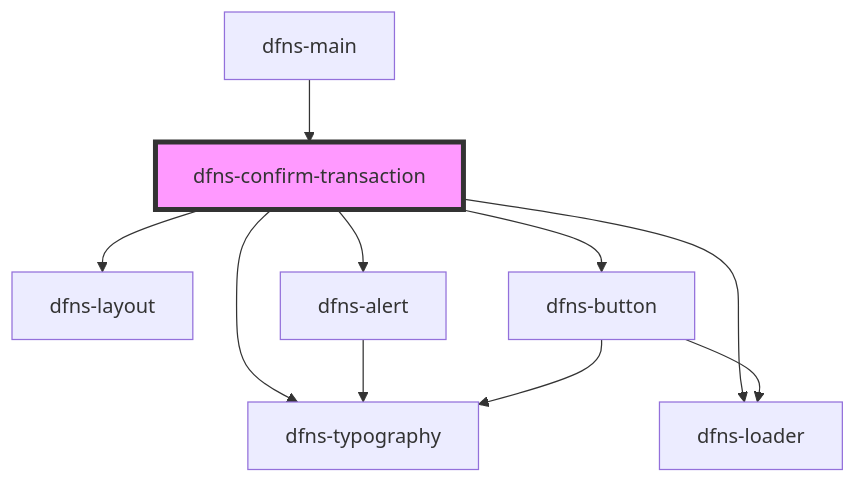
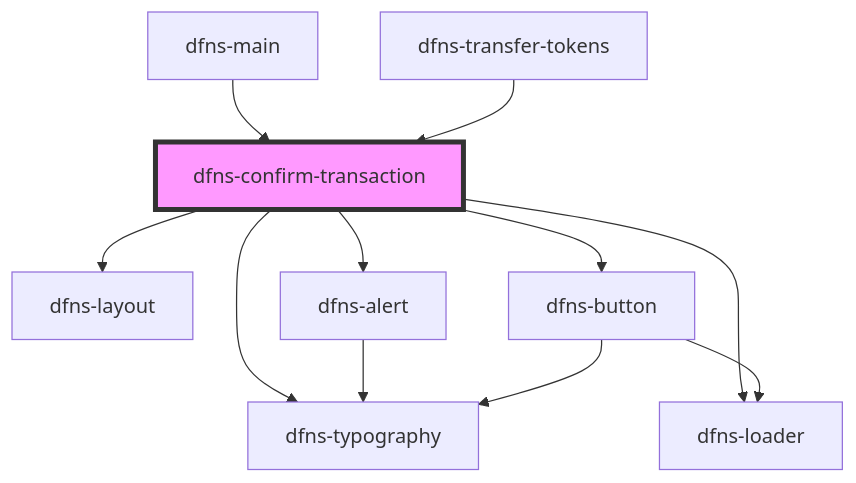
The diagram in src/components/Pages/dfns-confirm-transaction/readme.md (dfnsext/web-ui), drawn with Mermaid before and after one commit. The commit also changed other lines of this file and 18 other files, not shown here.

````diff
--- a/src/components/Pages/dfns-confirm-transaction/readme.md
+++ b/src/components/Pages/dfns-confirm-transaction/readme.md
@@ -41,13 +47,14 @@
 ```mermaid
 graph TD;
   dfns-confirm-transaction --> dfns-layout
   dfns-confirm-transaction --> dfns-typography
   dfns-confirm-transaction --> dfns-alert
   dfns-confirm-transaction --> dfns-loader
   dfns-confirm-transaction --> dfns-button
   dfns-alert --> dfns-typography
   dfns-button --> dfns-typography
   dfns-button --> dfns-loader
   dfns-main --> dfns-confirm-transaction
+  dfns-transfer-tokens --> dfns-confirm-transaction
   style dfns-confirm-transaction fill:#f9f,stroke:#333,stroke-width:4px
 ```
````
